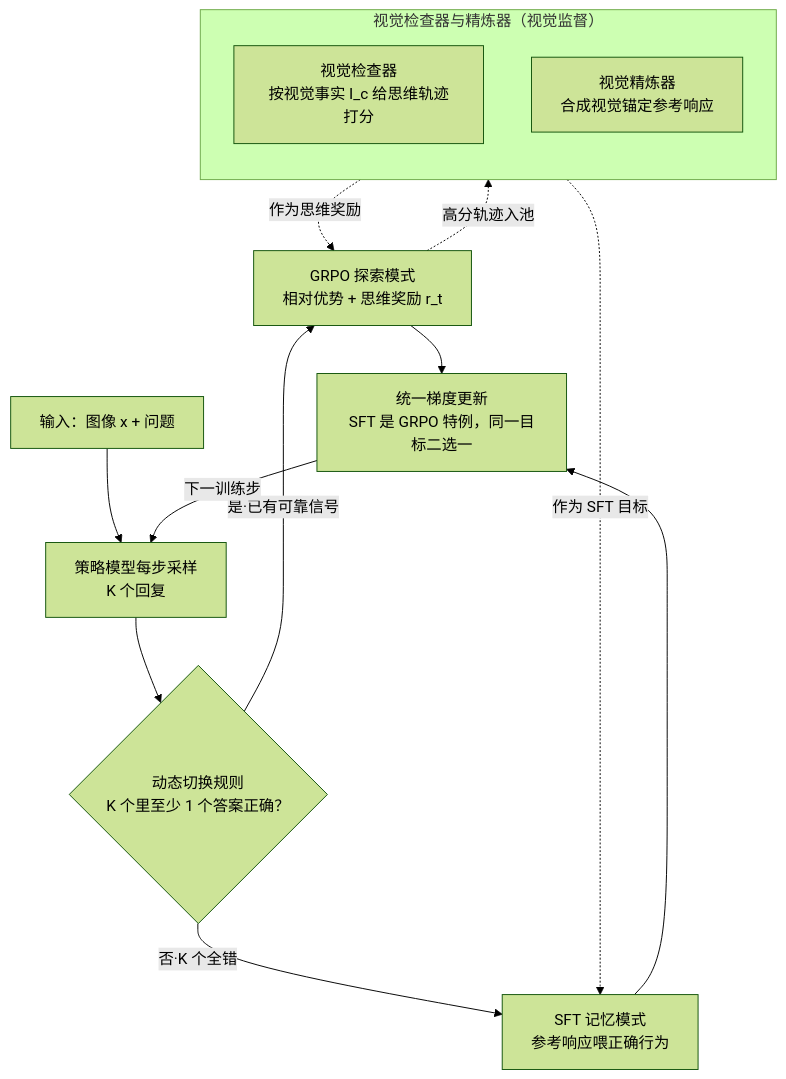
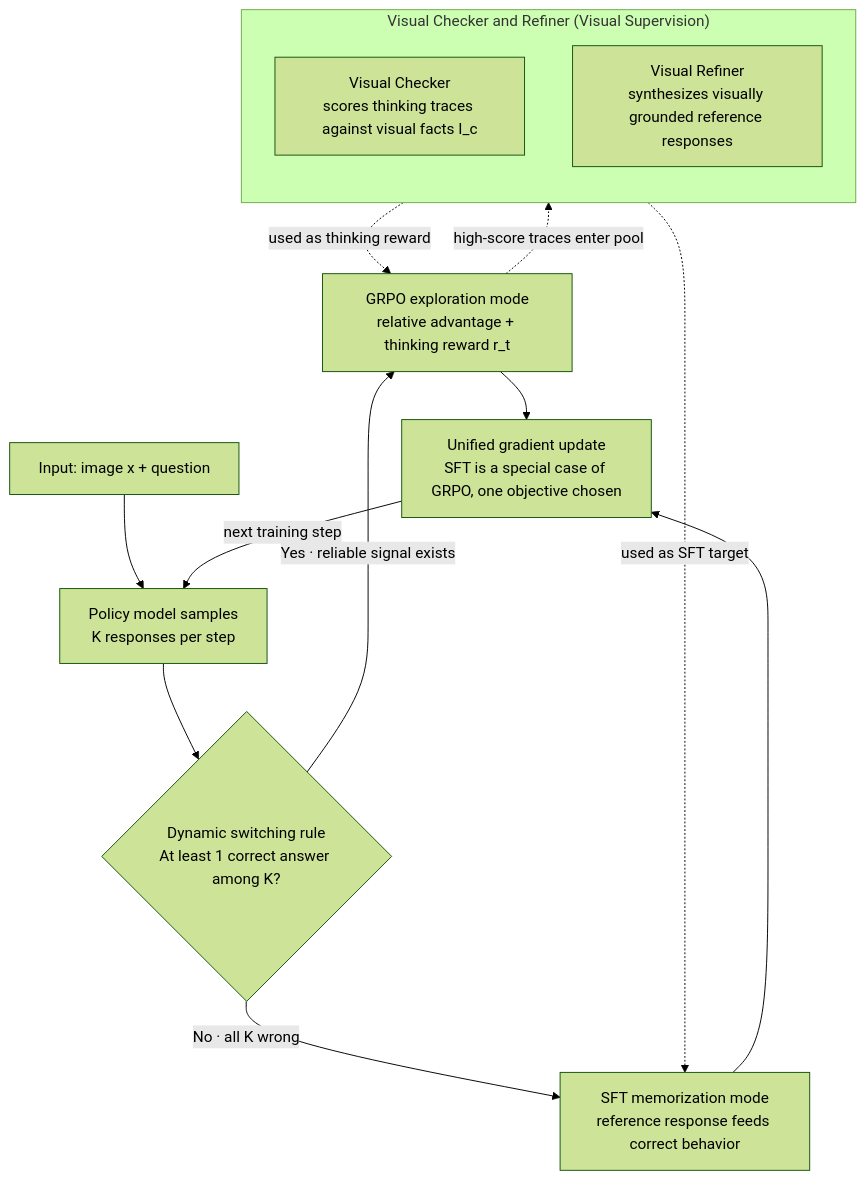
The diagram in docs/ICLR2026/vlm_reasoning/empowering_small_vlms_to_think_with_dynamic_memorization_and_exploration.md (zhaoyang97/Paper-Notes-en), drawn with Mermaid (forest theme) before and after one commit. The commit also changed 644 other files, not shown here.

````diff
--- a/docs/ICLR2026/vlm_reasoning/empowering_small_vlms_to_think_with_dynamic_memorization_and_exploration.md
+++ b/docs/ICLR2026/vlm_reasoning/empowering_small_vlms_to_think_with_dynamic_memorization_and_exploration.md
@@ -41,19 +41,19 @@
 ```mermaid
 %%{init: {'flowchart': {'rankSpacing': 24, 'nodeSpacing': 28, 'padding': 6, 'wrappingWidth': 400, 'subGraphTitleMargin': {'top': 8, 'bottom': 16}}}%%
 flowchart TD
-    IN["输入：图像 x + 问题"] --> SAMP["策略模型每步采样<br/>K 个回复"]
-    SAMP --> SW{"动态切换规则<br/>K 个里至少 1 个答案正确？"}
-    SW -->|"是·已有可靠信号"| GRPO["GRPO 探索模式<br/>相对优势 + 思维奖励 r_t"]
-    SW -->|"否·K 个全错"| SFT["SFT 记忆模式<br/>参考响应喂正确行为"]
-    GRPO --> UPD["统一梯度更新<br/>SFT 是 GRPO 特例，同一目标二选一"]
+    IN["Input: image x + question"] --> SAMP["Policy model samples<br/>K responses per step"]
+    SAMP --> SW{"Dynamic switching rule<br/>At least 1 correct answer among K?"}
+    SW -->|"Yes · reliable signal exists"| GRPO["GRPO exploration mode<br/>relative advantage + thinking reward r_t"]
+    SW -->|"No · all K wrong"| SFT["SFT memorization mode<br/>reference response feeds correct behavior"]
+    GRPO --> UPD["Unified gradient update<br/>SFT is a special case of GRPO, one objective chosen"]
     SFT --> UPD
-    UPD -->|"下一训练步"| SAMP
-    subgraph VS["视觉检查器与精炼器（视觉监督）"]
+    UPD -->|"next training step"| SAMP
+    subgraph VS["Visual Checker and Refiner (Visual Supervision)"]
         direction TB
-        CHK["视觉检查器<br/>按视觉事实 I_c 给思维轨迹打分"]
-        REF["视觉精炼器<br/>合成视觉锚定参考响应"]
+        CHK["Visual Checker<br/>scores thinking traces against visual facts I_c"]
+        REF["Visual Refiner<br/>synthesizes visually grounded reference responses"]
     end
-    GRPO -.->|"高分轨迹入池"| REF
-    CHK -.->|"作为思维奖励"| GRPO
-    REF -.->|"作为 SFT 目标"| SFT
+    GRPO -.->|"high-score traces enter pool"| REF
+    CHK -.->|"used as thinking reward"| GRPO
+    REF -.->|"used as SFT target"| SFT
 ```
````
